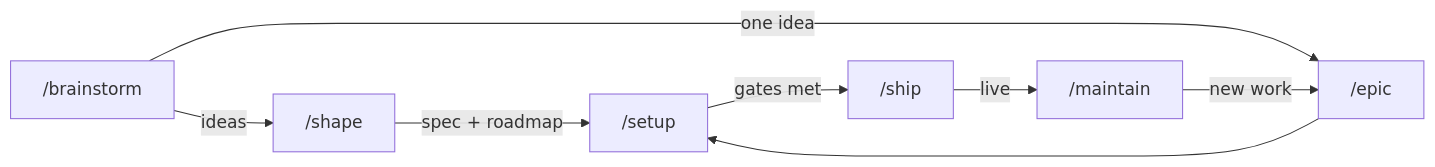
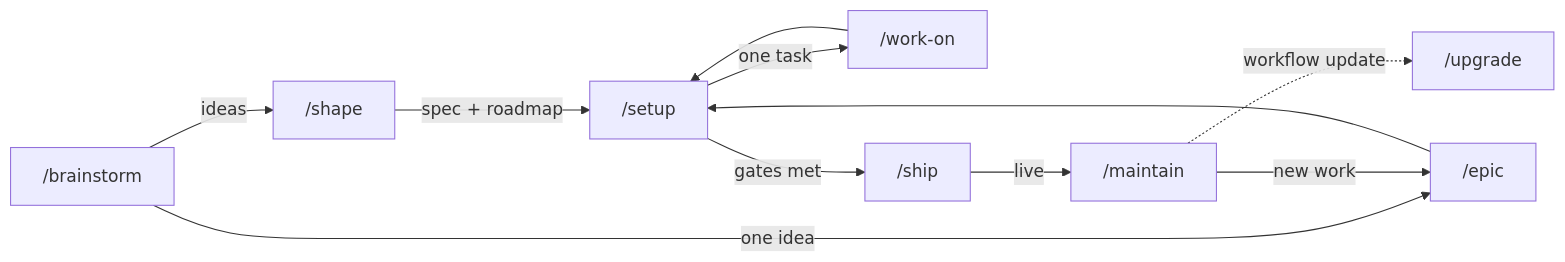
The diagram in README.md (jamesm-dev/tateru.dev), drawn with Mermaid before and after one commit.

Commit message:
docs: add /work-on and /upgrade to the README pipeline diagram
Claude-Session: https://claude.ai/code/session_01SdmmcFnpiaUGETGuFvfPs2

````diff
--- a/README.md
+++ b/README.md
@@ -63,10 +63,13 @@
 ```mermaid
 graph LR
   B["/brainstorm"] -->|ideas| S["/shape"]
   S -->|spec + roadmap| U["/setup"]
   B -->|one idea| E["/epic"]
   E --> U
+  U -->|one task| W["/work-on"]
+  W --> U
   U -->|gates met| P["/ship"]
   P -->|live| M["/maintain"]
   M -->|new work| E
+  M -.->|workflow update| G["/upgrade"]
 ```
````
